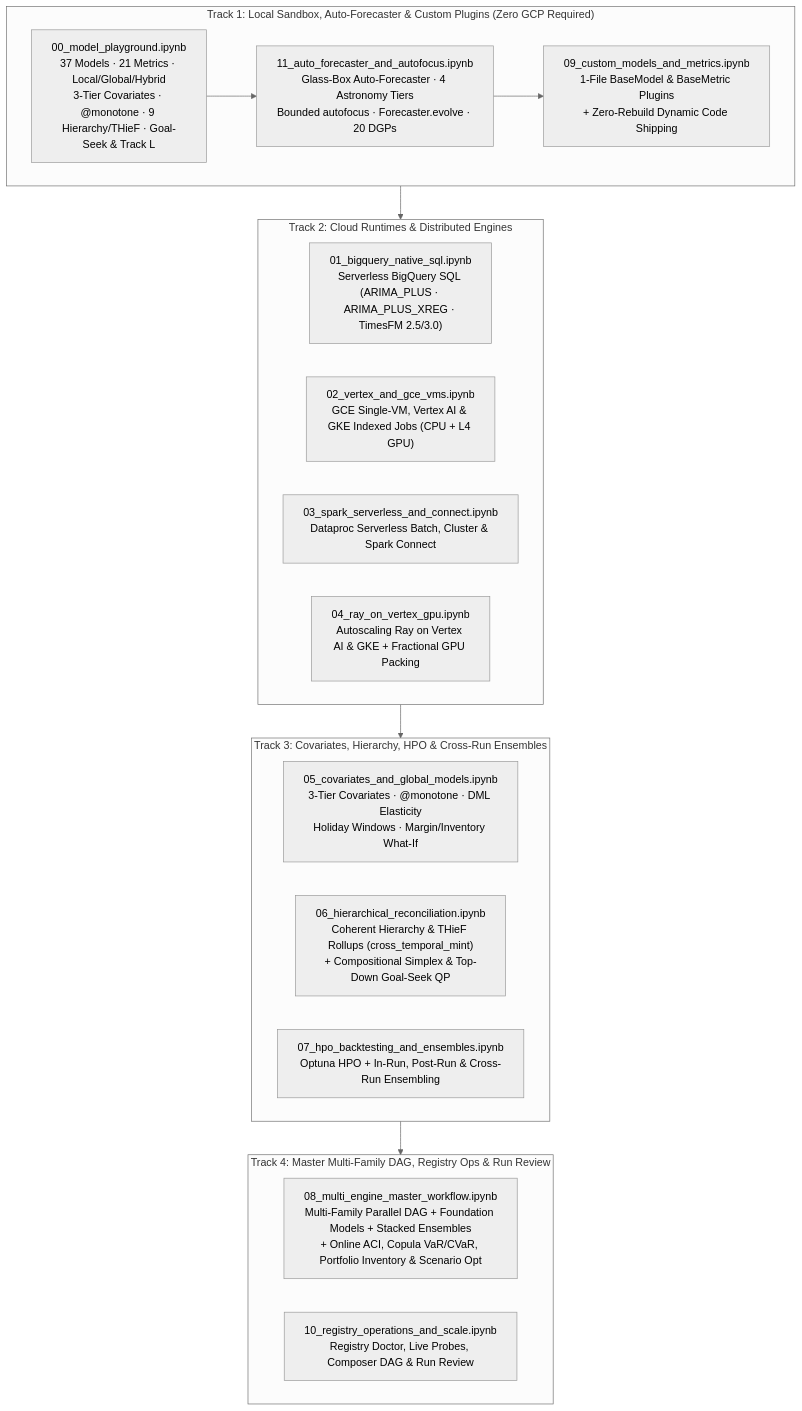
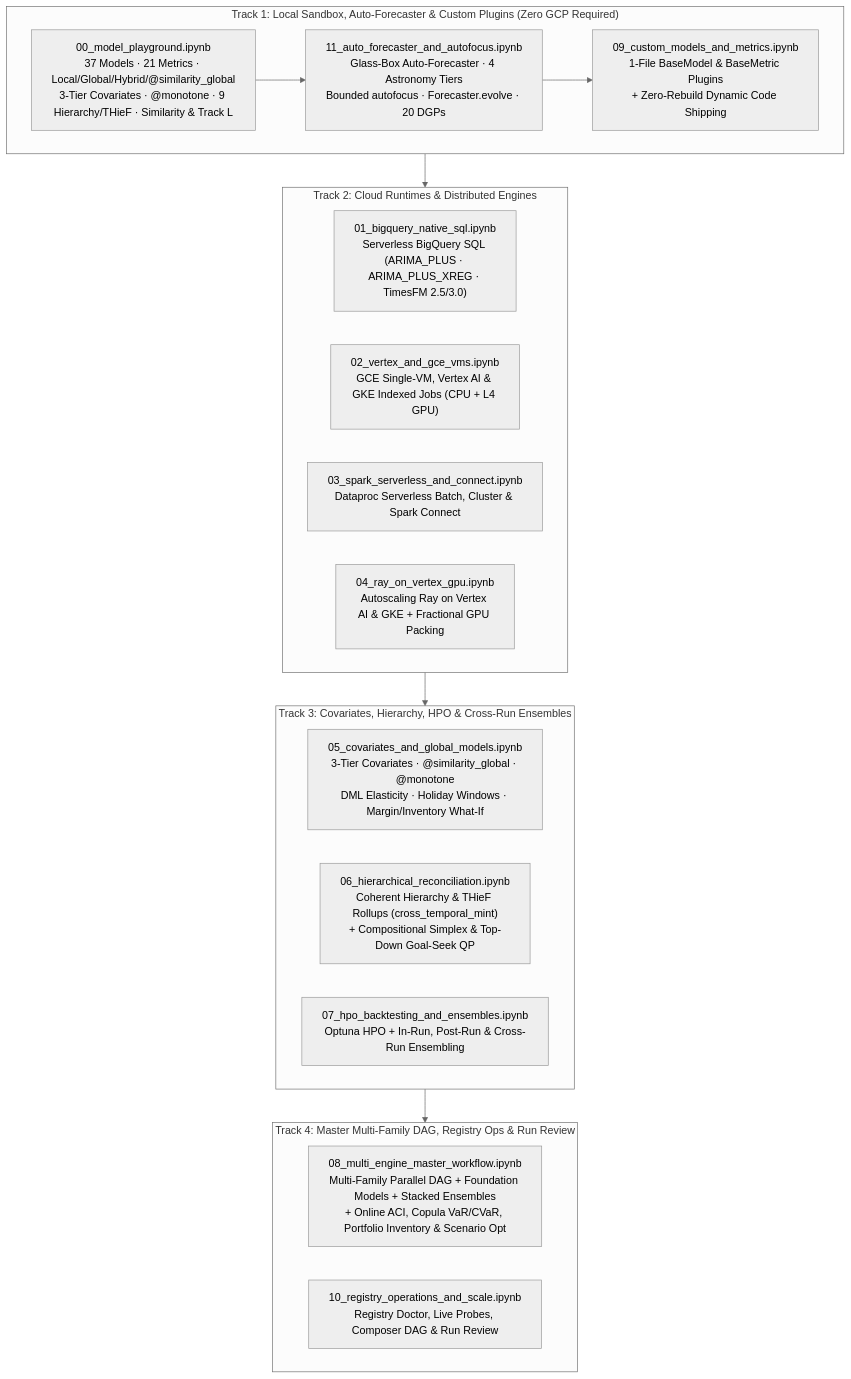
The diagram in notebooks/README.md (statmike/scale-forecasting), drawn with Mermaid (neutral theme) before and after one commit. The commit also changed other lines of this file and 31 other files, not shown here.

````diff
--- a/notebooks/README.md
+++ b/notebooks/README.md
@@ -8,29 +8,29 @@
 ```mermaid
 flowchart TD
     subgraph Track1["Track 1: Local Sandbox, Auto-Forecaster & Custom Plugins (Zero GCP Required)"]
-        NB00["00_model_playground.ipynb<br/>37 Models · 21 Metrics · Local/Global/Hybrid<br/>3-Tier Covariates · @monotone · 9 Hierarchy/THieF · Goal-Seek & Track L"]
+        NB00["00_model_playground.ipynb<br/>37 Models · 21 Metrics · Local/Global/Hybrid/@similarity_global<br/>3-Tier Covariates · @monotone · 9 Hierarchy/THieF · Similarity & Track L"]
         NB11["11_auto_forecaster_and_autofocus.ipynb<br/>Glass-Box Auto-Forecaster · 4 Astronomy Tiers<br/>Bounded autofocus · Forecaster.evolve · 20 DGPs"]
         NB09["09_custom_models_and_metrics.ipynb<br/>1-File BaseModel & BaseMetric Plugins<br/>+ Zero-Rebuild Dynamic Code Shipping"]
     end
 
     subgraph Track2["Track 2: Cloud Runtimes & Distributed Engines"]
         NB01["01_bigquery_native_sql.ipynb<br/>Serverless BigQuery SQL (ARIMA_PLUS · ARIMA_PLUS_XREG · TimesFM 2.5/3.0)"]
         NB02["02_vertex_and_gce_vms.ipynb<br/>GCE Single-VM, Vertex AI & GKE Indexed Jobs (CPU + L4 GPU)"]
         NB03["03_spark_serverless_and_connect.ipynb<br/>Dataproc Serverless Batch, Cluster & Spark Connect"]
         NB04["04_ray_on_vertex_gpu.ipynb<br/>Autoscaling Ray on Vertex AI & GKE + Fractional GPU Packing"]
     end
 
     subgraph Track3["Track 3: Covariates, Hierarchy, HPO & Cross-Run Ensembles"]
-        NB05["05_covariates_and_global_models.ipynb<br/>3-Tier Covariates · @monotone · DML Elasticity<br/>Holiday Windows · Margin/Inventory What-If"]
+        NB05["05_covariates_and_global_models.ipynb<br/>3-Tier Covariates · @similarity_global · @monotone<br/>DML Elasticity · Holiday Windows · Margin/Inventory What-If"]
         NB06["06_hierarchical_reconciliation.ipynb<br/>Coherent Hierarchy & THieF Rollups (cross_temporal_mint)<br/>+ Compositional Simplex & Top-Down Goal-Seek QP"]
         NB07["07_hpo_backtesting_and_ensembles.ipynb<br/>Optuna HPO + In-Run, Post-Run & Cross-Run Ensembling"]
     end
 
     subgraph Track4["Track 4: Master Multi-Family DAG, Registry Ops & Run Review"]
         NB08["08_multi_engine_master_workflow.ipynb<br/>Multi-Family Parallel DAG + Foundation Models + Stacked Ensembles<br/>+ Online ACI, Copula VaR/CVaR, Portfolio Inventory & Scenario Opt"]
         NB10["10_registry_operations_and_scale.ipynb<br/>Registry Doctor, Live Probes, Composer DAG & Run Review"]
     end
 
     NB00 --> NB11 --> NB09
     Track1 --> Track2 --> Track3 --> Track4
 ```
````
